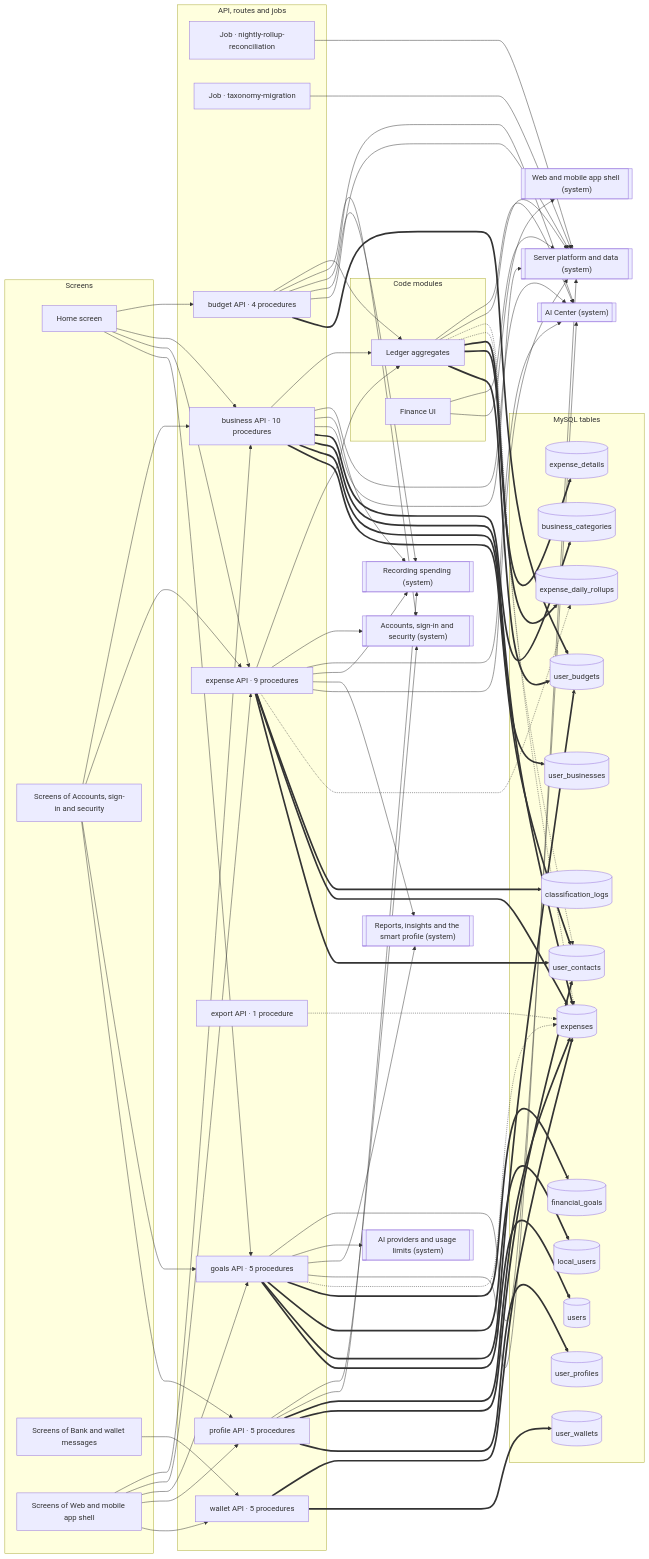
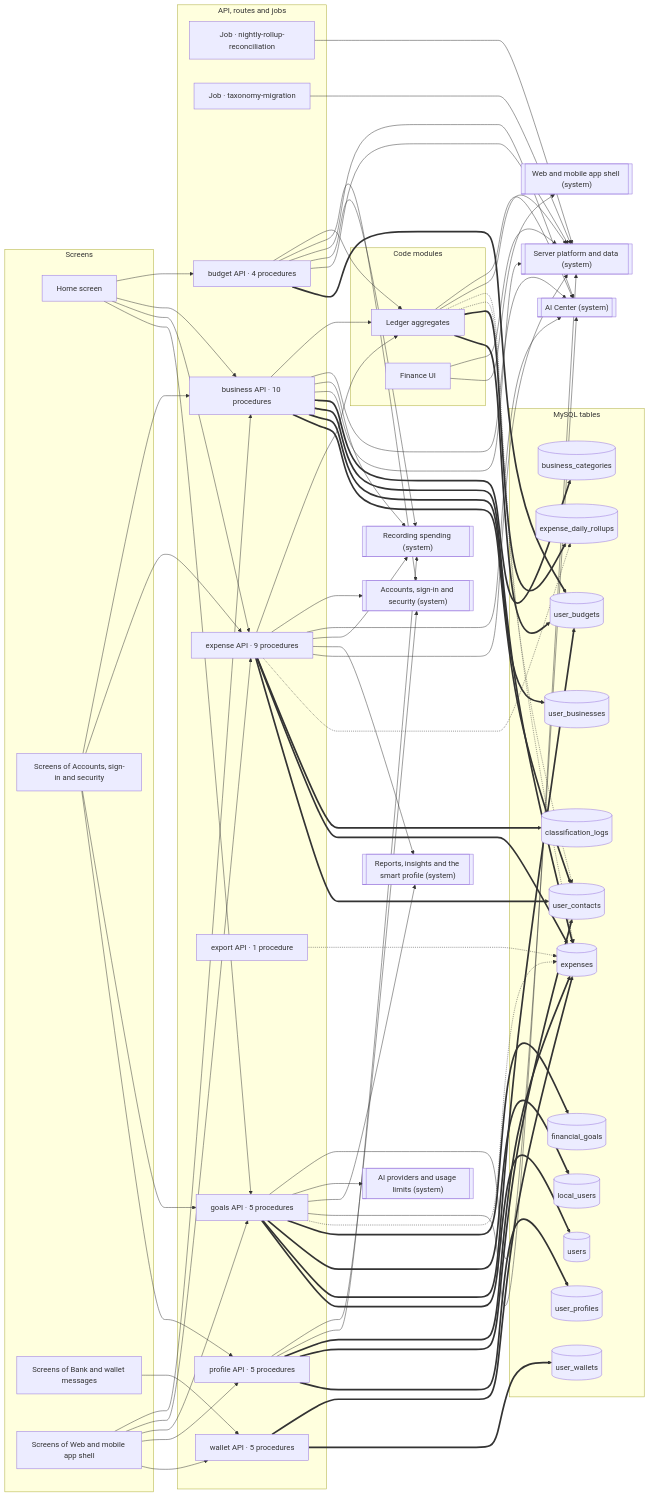
Before and after one commit to mahmoudtaherr111/smartspend_mini_all: the diagram in docs/atlas/systems/money.md, drawn with Mermaid. The commit also changed other lines of this file and 31 other files, not shown here.

First line of the commit message:
fix(data): drop expense_details, a copy nothing read that kept deleted expenses' text

```diff
--- a/docs/atlas/systems/money.md
+++ b/docs/atlas/systems/money.md
@@ -37,7 +37,6 @@
     tbl_business_categories[("business_categories")]
     tbl_classification_logs[("classification_logs")]
     tbl_expense_daily_rollups[("expense_daily_rollups")]
-    tbl_expense_details[("expense_details")]
     tbl_expenses[("expenses")]
     tbl_financial_goals[("financial_goals")]
     tbl_local_users[("local_users")]
@@ -62,7 +61,6 @@
   mod_ledger -.-> tbl_expenses
   mod_ledger -.-> tbl_user_contacts
   mod_ledger ==> tbl_expense_daily_rollups
-  mod_ledger ==> tbl_expense_details
   mod_ledger ==> tbl_user_budgets
   mod_web_finance --> sys_platform
   mod_web_finance --> sys_web_app
```
